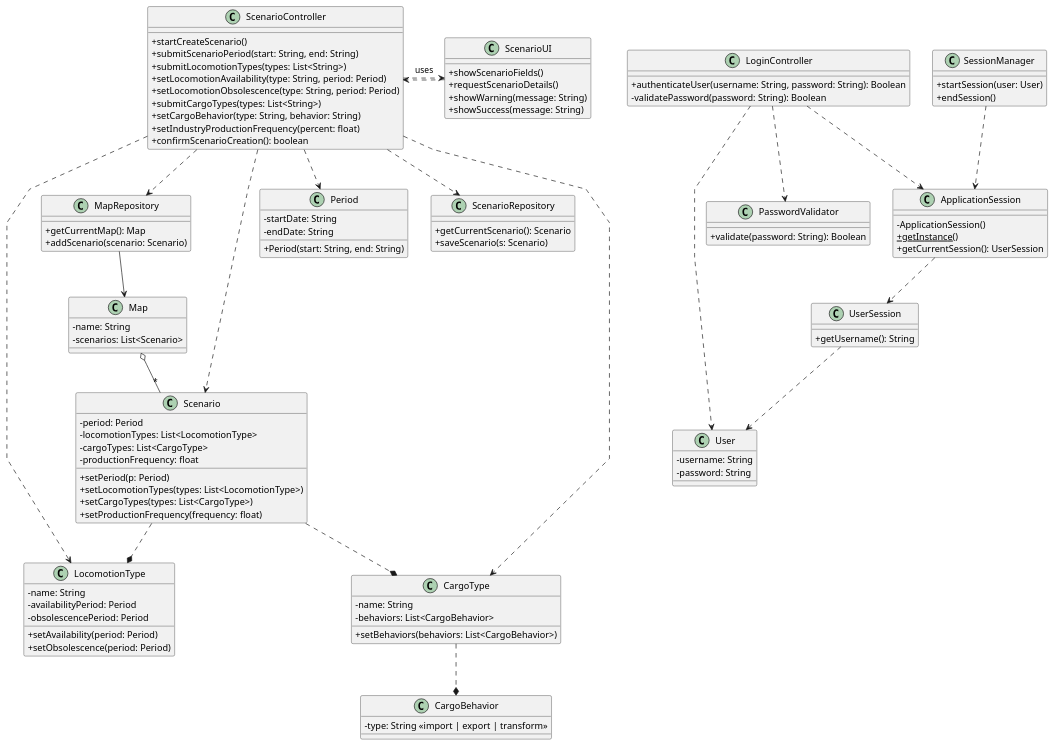
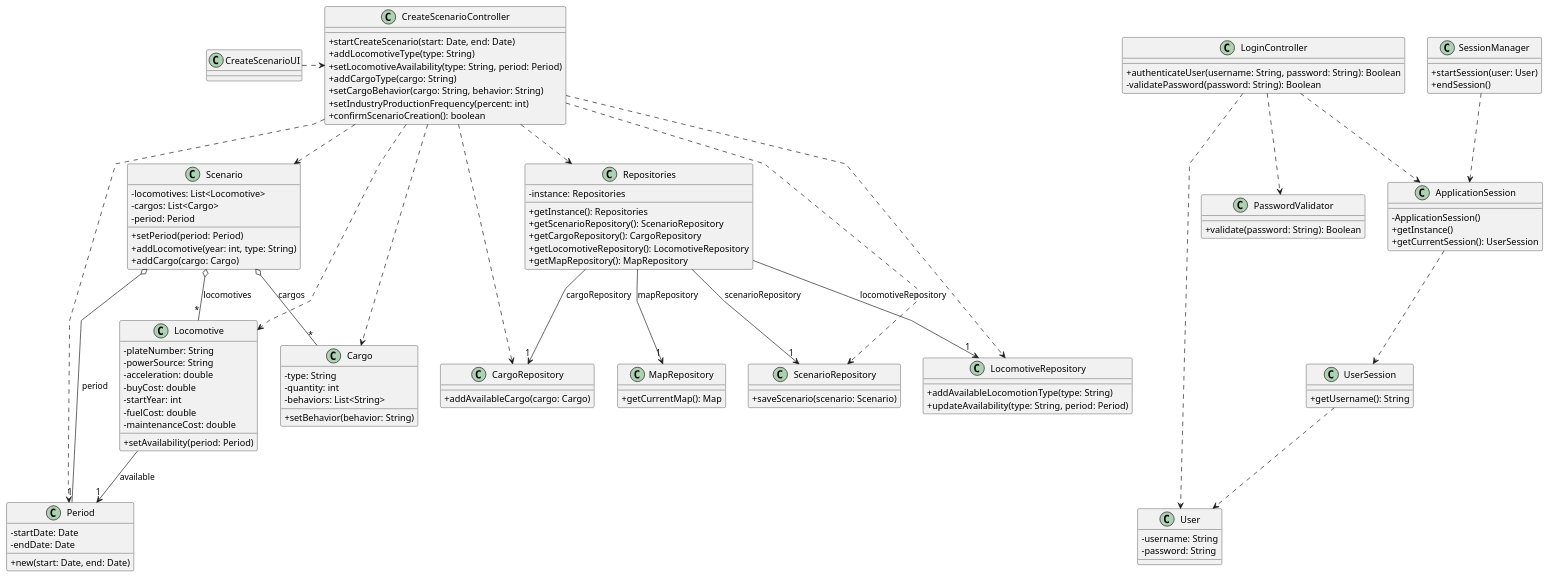
One commit to 1240826/empire-on-tracks changed the diagram in docs/system-documentation/US004/03.design/puml/US004-CD.puml. Above: the diagram before and after it, drawn with PlantUML. The commit also changed 23 other files, not shown here.

```diff
--- a/docs/system-documentation/US004/03.design/puml/US004-CD.puml
+++ b/docs/system-documentation/US004/03.design/puml/US004-CD.puml
@@ -1,131 +1,141 @@
 @startuml
 skinparam packageStyle rectangle
 skinparam shadowing false
 skinparam linetype polyline
 skinparam classAttributeIconSize 0
 
-' AUTENTICAÇÃO
-class "LoginController" {
+class LoginController {
     + authenticateUser(username: String, password: String): Boolean
     - validatePassword(password: String): Boolean
 }
 
-class "User" {
+class User {
     - username: String
     - password: String
 }
 
-class "PasswordValidator" {
+class PasswordValidator {
     + validate(password: String): Boolean
 }
 
-class "ApplicationSession" {
+class ApplicationSession {
     - ApplicationSession()
-    + {static} getInstance()
+    + getInstance()
     + getCurrentSession(): UserSession
 }
 
-class "UserSession" {
+class UserSession {
     + getUsername(): String
 }
 
-class "SessionManager" {
+class SessionManager {
     + startSession(user: User)
     + endSession()
 }
 
 LoginController ..> User
 LoginController ..> PasswordValidator
 LoginController ..> ApplicationSession
 ApplicationSession ..> UserSession
 UserSession ..> User
 SessionManager ..> ApplicationSession
 
-' CENÁRIO
-class "Scenario" {
-    - period: Period
-    - locomotionTypes: List<LocomotionType>
-    - cargoTypes: List<CargoType>
-    - productionFrequency: float
-    + setPeriod(p: Period)
-    + setLocomotionTypes(types: List<LocomotionType>)
-    + setCargoTypes(types: List<CargoType>)
-    + setProductionFrequency(frequency: float)
+
+class CreateScenarioUI {
+
 }
 
-class "LocomotionType" {
-    - name: String
-    - availabilityPeriod: Period
-    - obsolescencePeriod: Period
-    + setAvailability(period: Period)
-    + setObsolescence(period: Period)
-}
-
-class "CargoType" {
-    - name: String
-    - behaviors: List<CargoBehavior>
-    + setBehaviors(behaviors: List<CargoBehavior>)
-}
-
-class "CargoBehavior" {
-    - type: String «import | export | transform»
-}
-
-class "Period" {
-    - startDate: String
-    - endDate: String
-    + Period(start: String, end: String)
-}
-
-class "ScenarioController" {
-    + startCreateScenario()
-    + submitScenarioPeriod(start: String, end: String)
-    + submitLocomotionTypes(types: List<String>)
-    + setLocomotionAvailability(type: String, period: Period)
-    + setLocomotionObsolescence(type: String, period: Period)
-    + submitCargoTypes(types: List<String>)
-    + setCargoBehavior(type: String, behavior: String)
-    + setIndustryProductionFrequency(percent: float)
+class CreateScenarioController {
+    + startCreateScenario(start: Date, end: Date)
+    + addLocomotiveType(type: String)
+    + setLocomotiveAvailability(type: String, period: Period)
+    + addCargoType(cargo: String)
+    + setCargoBehavior(cargo: String, behavior: String)
+    + setIndustryProductionFrequency(percent: int)
     + confirmScenarioCreation(): boolean
 }
 
-class "ScenarioUI" {
-    + showScenarioFields()
-    + requestScenarioDetails()
-    + showWarning(message: String)
-    + showSuccess(message: String)
+CreateScenarioUI .> CreateScenarioController
+
+
+class Scenario {
+    - locomotives: List<Locomotive>
+    - cargos: List<Cargo>
+    - period: Period
+    + setPeriod(period: Period)
+    + addLocomotive(year: int, type: String)
+    + addCargo(cargo: Cargo)
 }
 
-class "ScenarioRepository" {
-    + getCurrentScenario(): Scenario
-    + saveScenario(s: Scenario)
+class Period {
+    - startDate: Date
+    - endDate: Date
+    + new(start: Date, end: Date)
 }
 
-class "MapRepository" {
-    + getCurrentMap(): Map
-    + addScenario(scenario: Scenario)
+class Cargo {
+    - type: String
+    - quantity: int
+    - behaviors: List<String>
+    + setBehavior(behavior: String)
 }
 
-class "Map" {
-    - name: String
-    - scenarios: List<Scenario>
+class Locomotive {
+     - plateNumber: String
+     - powerSource: String
+     - acceleration: double
+     - buyCost: double
+     - startYear: int
+     - fuelCost: double
+     - maintenanceCost: double
+     + setAvailability(period: Period)
 }
 
-' Relações
-ScenarioController ..> Scenario
-ScenarioController ..> Period
-ScenarioController ..> LocomotionType
-ScenarioController ..> CargoType
-ScenarioController ..> ScenarioRepository
-ScenarioController ..> MapRepository
-ScenarioController .down.> ScenarioUI : uses
+class Repositories {
+    - instance: Repositories
+    + getInstance(): Repositories
+    + getScenarioRepository(): ScenarioRepository
+    + getCargoRepository(): CargoRepository
+    + getLocomotiveRepository(): LocomotiveRepository
+    + getMapRepository(): MapRepository
+}
 
-Scenario ..* LocomotionType
-Scenario ..* CargoType
-CargoType ..* CargoBehavior
-MapRepository --> Map
-Map o-- "*" Scenario
+class ScenarioRepository {
+    + saveScenario(scenario: Scenario)
+}
 
-ScenarioUI .> ScenarioController
+class CargoRepository {
+    + addAvailableCargo(cargo: Cargo)
+}
+
+class LocomotiveRepository {
+    + addAvailableLocomotionType(type: String)
+    + updateAvailability(type: String, period: Period)
+}
+
+class MapRepository {
+    + getCurrentMap(): Map
+}
+
+CreateScenarioController ..> Repositories
+CreateScenarioController ..> ScenarioRepository
+CreateScenarioController ..> CargoRepository
+CreateScenarioController ..> LocomotiveRepository
+CreateScenarioController ..> Period
+CreateScenarioController ..> Scenario
+CreateScenarioController ..> Cargo
+CreateScenarioController ..> Locomotive
+
+
+Repositories --> "1" ScenarioRepository : scenarioRepository
+Repositories --> "1" CargoRepository : cargoRepository
+Repositories --> "1" LocomotiveRepository : locomotiveRepository
+Repositories --> "1" MapRepository : mapRepository
+
+Scenario o-- "*" Locomotive : locomotives
+Scenario o-- "*" Cargo : cargos
+Scenario o-- "1" Period : period
+
+Locomotive --> "1" Period : available
 
 @enduml
```
